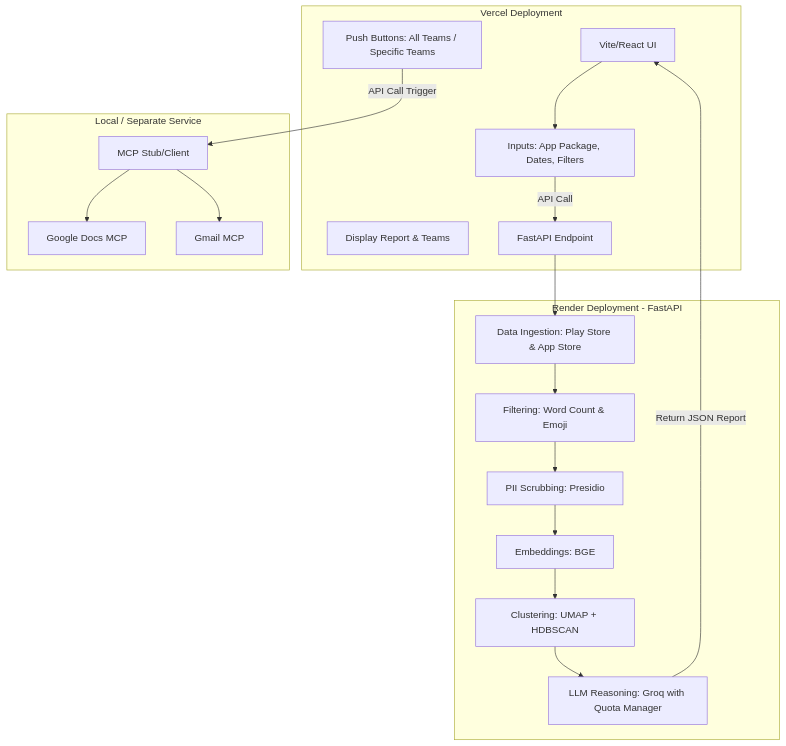
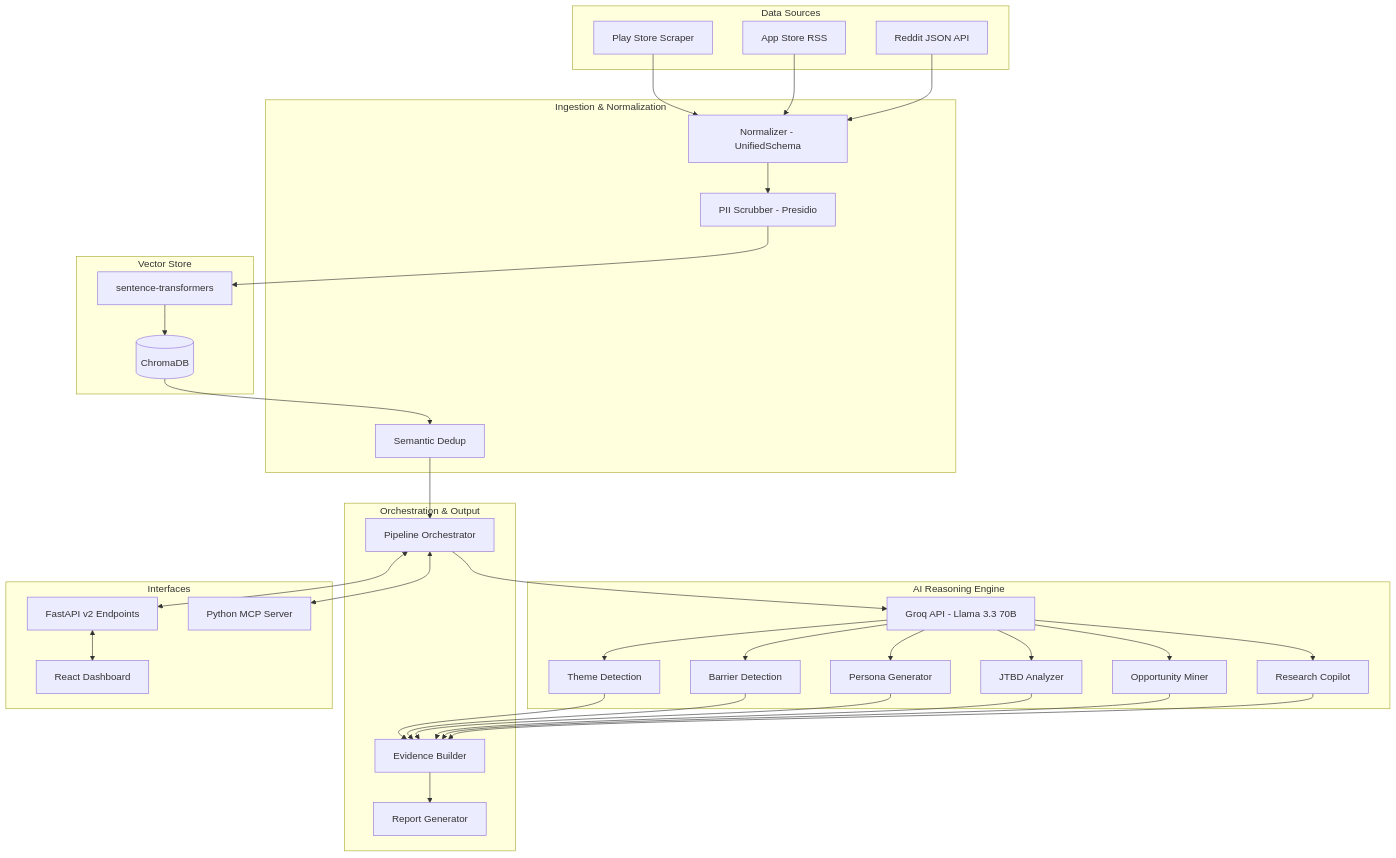
The diagram in docs/architecture.md (ShashankDvd1/Weekly-Product-Review-Pulse), drawn with Mermaid before and after one commit. The commit also changed other lines of this file and 50 other files, not shown here.

Commit message:
feat: optimize pipeline execution, fix app store credentials, add app selector filters and date presets

````diff
--- a/docs/architecture.md
+++ b/docs/architecture.md
@@ -6,39 +7,62 @@
 ```mermaid
 flowchart TD
-    subgraph Frontend [Vercel Deployment]
-        UI[Vite/React UI]
-        Inputs[Inputs: App Package, Dates, Filters]
-        Display[Display Report & Teams]
-        Actions[Push Buttons: All Teams / Specific Teams]
+    subgraph Data Sources
+        PS[Play Store Scraper]
+        AS[App Store RSS]
+        RD[Reddit JSON API]
+    end
+
+    subgraph Ingestion & Normalization
+        Norm[Normalizer - UnifiedSchema]
+        PII[PII Scrubber - Presidio]
+        Dedup[Semantic Dedup]
+    end
+
+    subgraph Vector Store
+        Embed[sentence-transformers]
+        Chroma[(ChromaDB)]
+    end
+
+    subgraph AI Reasoning Engine
+        Groq[Groq API - Llama 3.3 70B]
         
-        UI --> Inputs
-        Inputs -->|API Call| BackendAPI
+        Th[Theme Detection]
+        Ba[Barrier Detection]
+        Pe[Persona Generator]
+        JT[JTBD Analyzer]
+        Op[Opportunity Miner]
+        Re[Research Copilot]
     end
+
+    subgraph Orchestration & Output
+        Orch[Pipeline Orchestrator]
+        Evid[Evidence Builder]
+        Rep[Report Generator]
+    end
+
+    subgraph Interfaces
+        API[FastAPI v2 Endpoints]
+        MCP[Python MCP Server]
+        Dash[React Dashboard]
+    end
+
+    PS --> Norm
+    AS --> Norm
+    RD --> Norm
     
-    subgraph Backend [Render Deployment - FastAPI]
-        BackendAPI[FastAPI Endpoint]
-        Ingestion[Data Ingestion: Play Store & App Store]
-        Filtering[Filtering: Word Count & Emoji]
-        PII[PII Scrubbing: Presidio]
-        Embedding[Embeddings: BGE]
-        Clustering[Clustering: UMAP + HDBSCAN]
-        Reasoning[LLM Reasoning: Groq with Quota Manager]
-        
-        BackendAPI --> Ingestion
-        Ingestion --> Filtering
-        Filtering --> PII
-        PII --> Embedding
-        Embedding --> Clustering
-        Clustering --> Reasoning
-        Reasoning -->|Return JSON Report| UI
-    end
+    Norm --> PII
+    PII --> Embed
+    Embed --> Chroma
+    Chroma --> Dedup
+    Dedup --> Orch
     
-    subgraph MCP Integration [Local / Separate Service]
-        MCP_Docs[Google Docs MCP]
-        MCP_Gmail[Gmail MCP]
-        
-        Actions -->|API Call Trigger| MCP_Trigger[MCP Stub/Client]
-        MCP_Trigger --> MCP_Docs
-        MCP_Trigger --> MCP_Gmail
-    end
+    Orch --> Groq
+    Groq --> Th & Ba & Pe & JT & Op & Re
+    
+    Th & Ba & Pe & JT & Op & Re --> Evid
+    Evid --> Rep
+    
+    Orch <--> API
+    Orch <--> MCP
+    API <--> Dash
 ```
````
